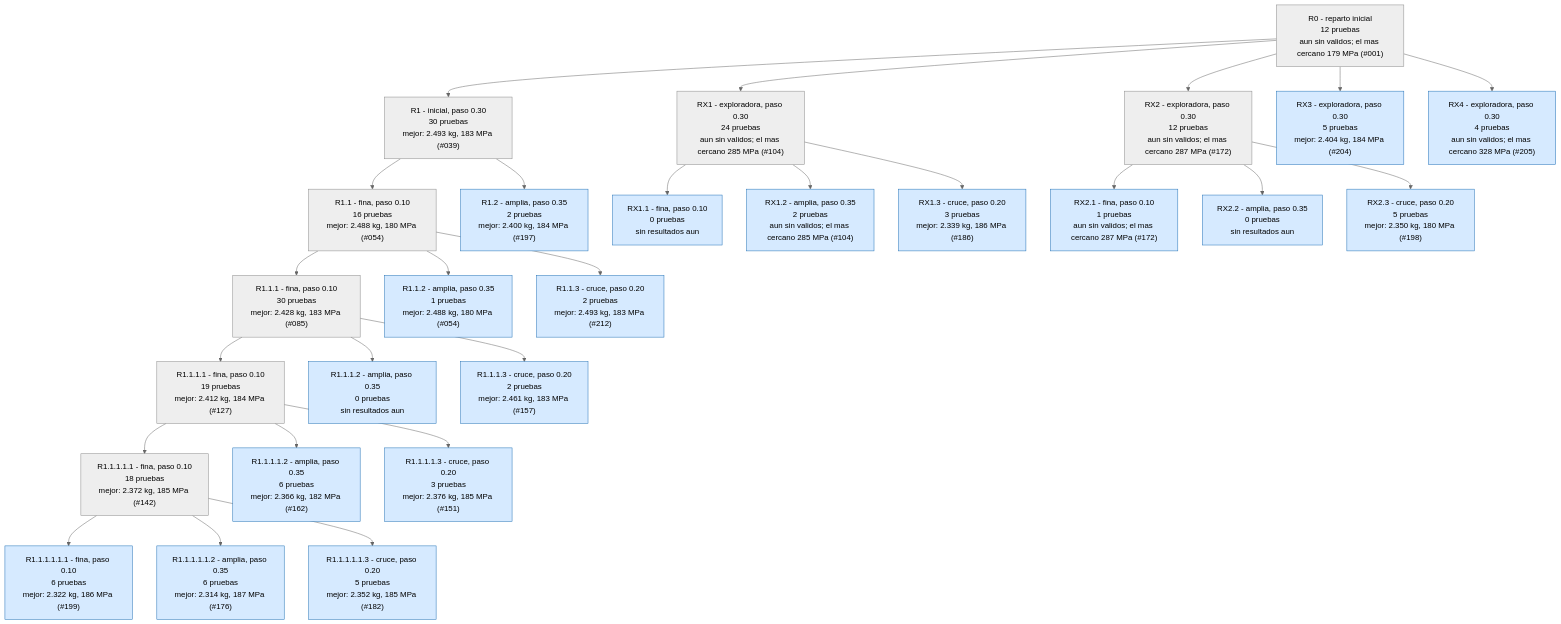
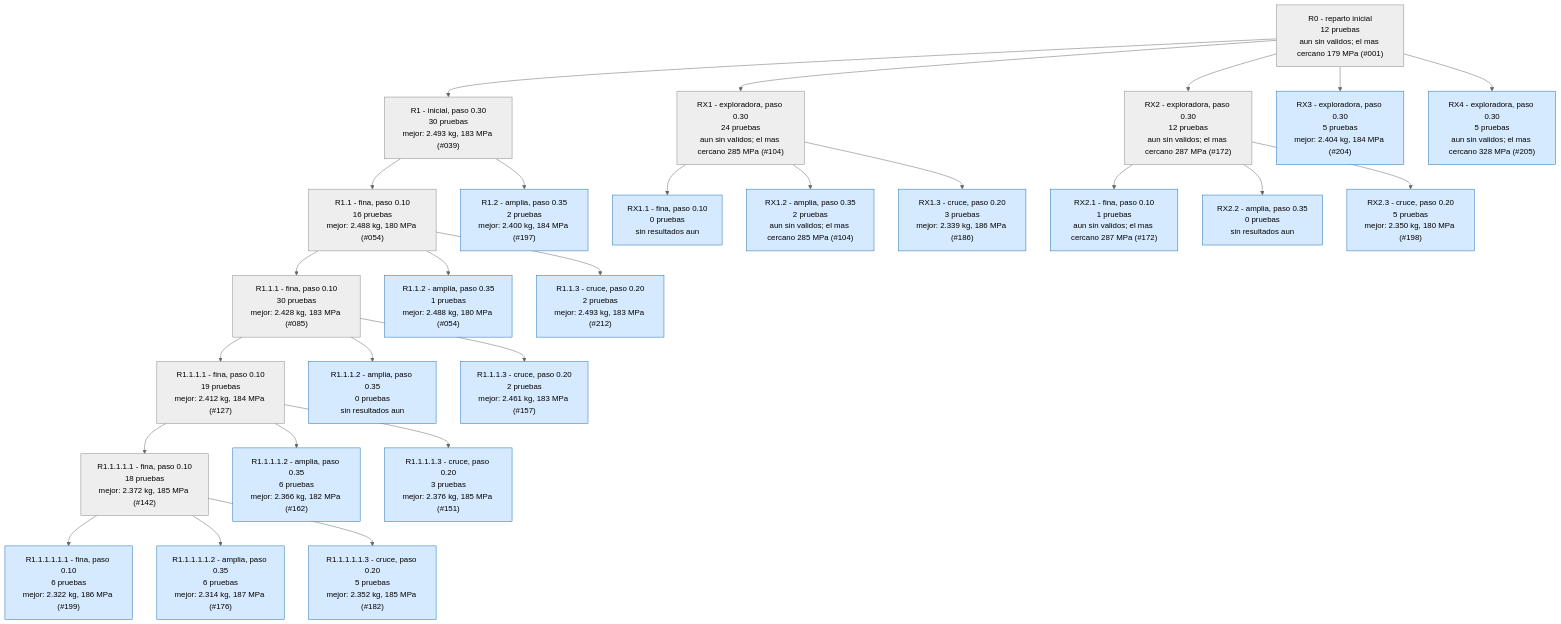
Before and after one commit to Hugiko/msd-soporte-optimizacion: the second of 4 diagrams in runs/opt_37800N/ARBOL.md, drawn with Mermaid (neutral theme). The commit also changed 16 other files, not shown here.

````diff
--- a/runs/opt_37800N/ARBOL.md
+++ b/runs/opt_37800N/ARBOL.md
@@ -49,57 +49,57 @@
 ```mermaid
 graph TD
 classDef activa fill:#d6eaff,stroke:#1f6fb5,color:#000
 classDef fin fill:#eeeeee,stroke:#888,color:#000
 classDef mejor fill:#c8f0c0,stroke:#1a9850,stroke-width:4px,color:#000
 R0["R0 - reparto inicial<br/>12 pruebas<br/>aun sin validos; el mas cercano 179 MPa (#001)"]:::fin
 R1["R1 - inicial, paso 0.30<br/>30 pruebas<br/>mejor: 2.493 kg, 183 MPa (#039)"]:::fin
 R0 --> R1
 R1_1["R1.1 - fina, paso 0.10<br/>16 pruebas<br/>mejor: 2.488 kg, 180 MPa (#054)"]:::fin
 R1 --> R1_1
 R1_2["R1.2 - amplia, paso 0.35<br/>2 pruebas<br/>mejor: 2.400 kg, 184 MPa (#197)"]:::activa
 R1 --> R1_2
 R1_1_1["R1.1.1 - fina, paso 0.10<br/>30 pruebas<br/>mejor: 2.428 kg, 183 MPa (#085)"]:::fin
 R1_1 --> R1_1_1
 R1_1_2["R1.1.2 - amplia, paso 0.35<br/>1 pruebas<br/>mejor: 2.488 kg, 180 MPa (#054)"]:::activa
 R1_1 --> R1_1_2
 R1_1_3["R1.1.3 - cruce, paso 0.20<br/>2 pruebas<br/>mejor: 2.493 kg, 183 MPa (#212)"]:::activa
 R1_1 --> R1_1_3
 R1_1_1_1["R1.1.1.1 - fina, paso 0.10<br/>19 pruebas<br/>mejor: 2.412 kg, 184 MPa (#127)"]:::fin
 R1_1_1 --> R1_1_1_1
 R1_1_1_2["R1.1.1.2 - amplia, paso 0.35<br/>0 pruebas<br/>sin resultados aun"]:::activa
 R1_1_1 --> R1_1_1_2
 R1_1_1_3["R1.1.1.3 - cruce, paso 0.20<br/>2 pruebas<br/>mejor: 2.461 kg, 183 MPa (#157)"]:::activa
 R1_1_1 --> R1_1_1_3
 RX1["RX1 - exploradora, paso 0.30<br/>24 pruebas<br/>aun sin validos; el mas cercano 285 MPa (#104)"]:::fin
 R0 --> RX1
 RX1_1["RX1.1 - fina, paso 0.10<br/>0 pruebas<br/>sin resultados aun"]:::activa
 RX1 --> RX1_1
 RX1_2["RX1.2 - amplia, paso 0.35<br/>2 pruebas<br/>aun sin validos; el mas cercano 285 MPa (#104)"]:::activa
 RX1 --> RX1_2
 RX1_3["RX1.3 - cruce, paso 0.20<br/>3 pruebas<br/>mejor: 2.339 kg, 186 MPa (#186)"]:::activa
 RX1 --> RX1_3
 R1_1_1_1_1["R1.1.1.1.1 - fina, paso 0.10<br/>18 pruebas<br/>mejor: 2.372 kg, 185 MPa (#142)"]:::fin
 R1_1_1_1 --> R1_1_1_1_1
 R1_1_1_1_2["R1.1.1.1.2 - amplia, paso 0.35<br/>6 pruebas<br/>mejor: 2.366 kg, 182 MPa (#162)"]:::activa
 R1_1_1_1 --> R1_1_1_1_2
 R1_1_1_1_3["R1.1.1.1.3 - cruce, paso 0.20<br/>3 pruebas<br/>mejor: 2.376 kg, 185 MPa (#151)"]:::activa
 R1_1_1_1 --> R1_1_1_1_3
 R1_1_1_1_1_1["R1.1.1.1.1.1 - fina, paso 0.10<br/>6 pruebas<br/>mejor: 2.322 kg, 186 MPa (#199)"]:::activa
 R1_1_1_1_1 --> R1_1_1_1_1_1
 R1_1_1_1_1_2["R1.1.1.1.1.2 - amplia, paso 0.35<br/>6 pruebas<br/>mejor: 2.314 kg, 187 MPa (#176)"]:::activa
 R1_1_1_1_1 --> R1_1_1_1_1_2
 R1_1_1_1_1_3["R1.1.1.1.1.3 - cruce, paso 0.20<br/>5 pruebas<br/>mejor: 2.352 kg, 185 MPa (#182)"]:::activa
 R1_1_1_1_1 --> R1_1_1_1_1_3
 RX2["RX2 - exploradora, paso 0.30<br/>12 pruebas<br/>aun sin validos; el mas cercano 287 MPa (#172)"]:::fin
 R0 --> RX2
 RX2_1["RX2.1 - fina, paso 0.10<br/>1 pruebas<br/>aun sin validos; el mas cercano 287 MPa (#172)"]:::activa
 RX2 --> RX2_1
 RX2_2["RX2.2 - amplia, paso 0.35<br/>0 pruebas<br/>sin resultados aun"]:::activa
 RX2 --> RX2_2
 RX2_3["RX2.3 - cruce, paso 0.20<br/>5 pruebas<br/>mejor: 2.350 kg, 180 MPa (#198)"]:::activa
 RX2 --> RX2_3
 RX3["RX3 - exploradora, paso 0.30<br/>5 pruebas<br/>mejor: 2.404 kg, 184 MPa (#204)"]:::activa
 R0 --> RX3
-RX4["RX4 - exploradora, paso 0.30<br/>4 pruebas<br/>aun sin validos; el mas cercano 328 MPa (#205)"]:::activa
+RX4["RX4 - exploradora, paso 0.30<br/>5 pruebas<br/>aun sin validos; el mas cercano 328 MPa (#205)"]:::activa
 R0 --> RX4
 ```
````
